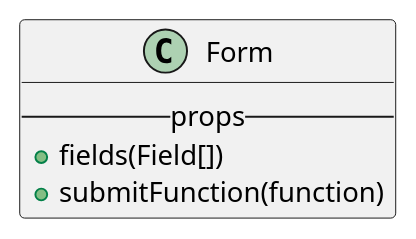
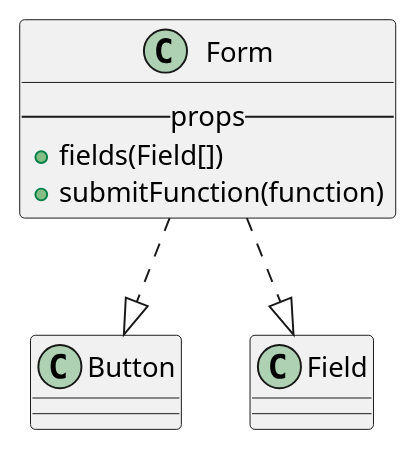
One commit to M9k/Marvin-Uml changed the diagram in react/custom/form.iuml. Above: the diagram before and after it, drawn with PlantUML. The commit also changed 14 other files, not shown here.

```diff
--- a/react/custom/form.iuml
+++ b/react/custom/form.iuml
@@ -1,5 +1,7 @@
 class Form{
     --props--
         + fields(Field[])
         + submitFunction(function)
 }
+Form ..|> Button
+Form ..|> Field
```
